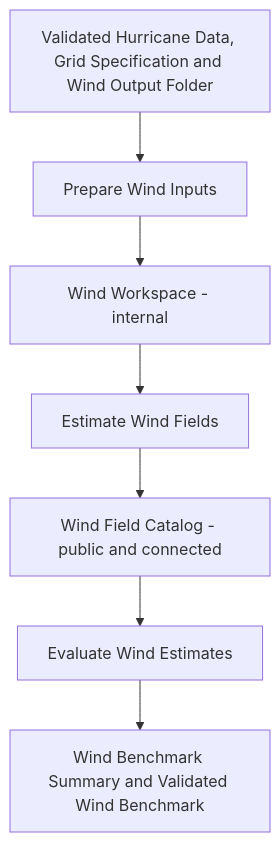
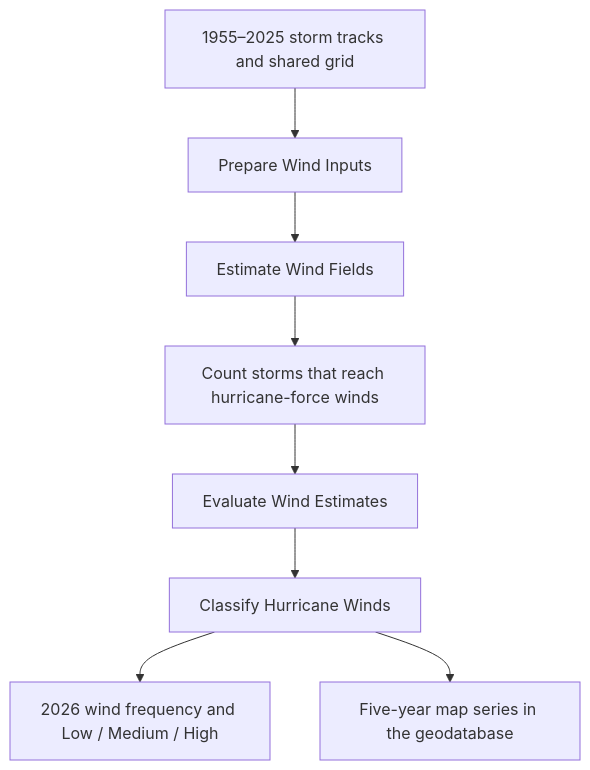
The fifth of 8 diagrams in docs/hurricane_modelbuilder_setup.md (avega17/PLAN6059-PR-Risks-SDSS), drawn with Mermaid before and after one commit. The commit also changed other lines of this file and 32 other files, not shown here.

````diff
--- a/docs/hurricane_modelbuilder_setup.md
+++ b/docs/hurricane_modelbuilder_setup.md
@@ -240,9 +214,10 @@
 ```mermaid
 flowchart TD
-    inputs["Validated Hurricane Data, Grid Specification and Wind Output Folder"] --> prep["Prepare Wind Inputs"]
-    prep --> workspace["Wind Workspace - internal"]
-    workspace --> calc["Estimate Wind Fields"]
-    calc --> catalog["Wind Field Catalog - public and connected"]
-    catalog --> evaluate["Evaluate Wind Estimates"]
-    evaluate --> result["Wind Benchmark Summary and Validated Wind Benchmark"]
+    A["1955–2025 storm tracks and shared grid"] --> B["Prepare Wind Inputs"]
+    B --> C["Estimate Wind Fields"]
+    C --> D["Count storms that reach hurricane-force winds"]
+    D --> E["Evaluate Wind Estimates"]
+    E --> F["Classify Hurricane Winds"]
+    F --> G["2026 wind frequency and Low / Medium / High"]
+    F --> H["Five-year map series in the geodatabase"]
 ```
````
